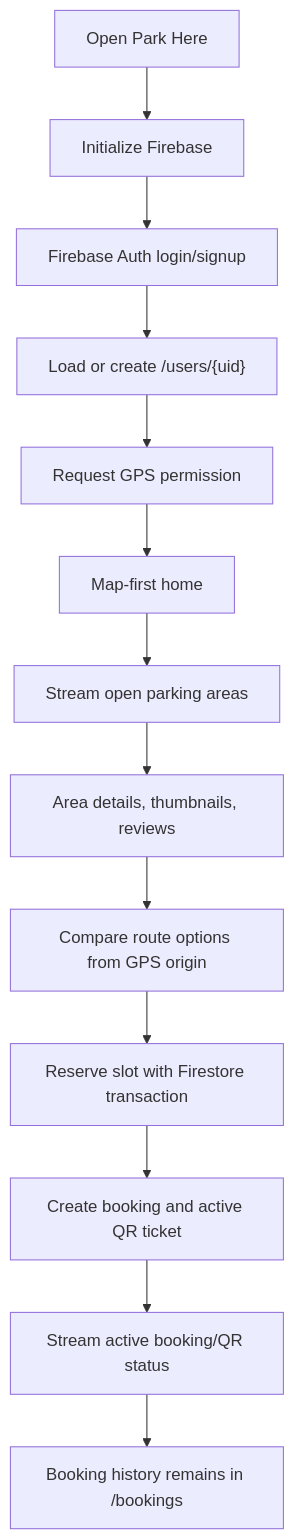
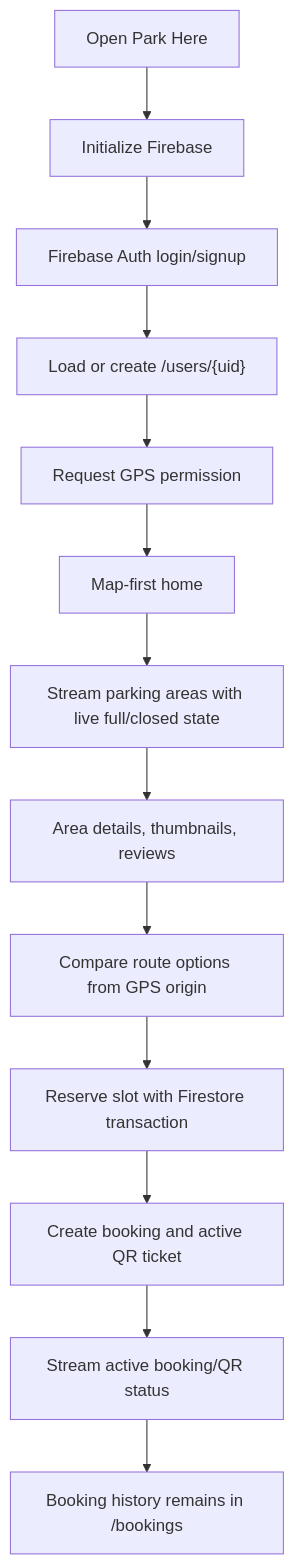
One commit to snehil-pandey/smart-parking-occupancy-system changed the second of 11 diagrams in docs/ARCHITECTURE.md. Above: the diagram before and after it, drawn with Mermaid. The commit also changed other lines of this file and 4 other files, not shown here.

````diff
--- a/docs/ARCHITECTURE.md
+++ b/docs/ARCHITECTURE.md
@@ -25,15 +25,15 @@
 ```mermaid
 flowchart TD
   Start["Open Park Here"] --> Init["Initialize Firebase"]
   Init --> Auth["Firebase Auth login/signup"]
   Auth --> Profile["Load or create /users/{uid}"]
   Profile --> GPS["Request GPS permission"]
   GPS --> Home["Map-first home"]
-  Home --> Areas["Stream open parking areas"]
+  Home --> Areas["Stream parking areas with live full/closed state"]
   Areas --> Details["Area details, thumbnails, reviews"]
   Details --> Route["Compare route options from GPS origin"]
   Route --> Book["Reserve slot with Firestore transaction"]
   Book --> QR["Create booking and active QR ticket"]
   QR --> Status["Stream active booking/QR status"]
   Status --> History["Booking history remains in /bookings"]
 ```
````
